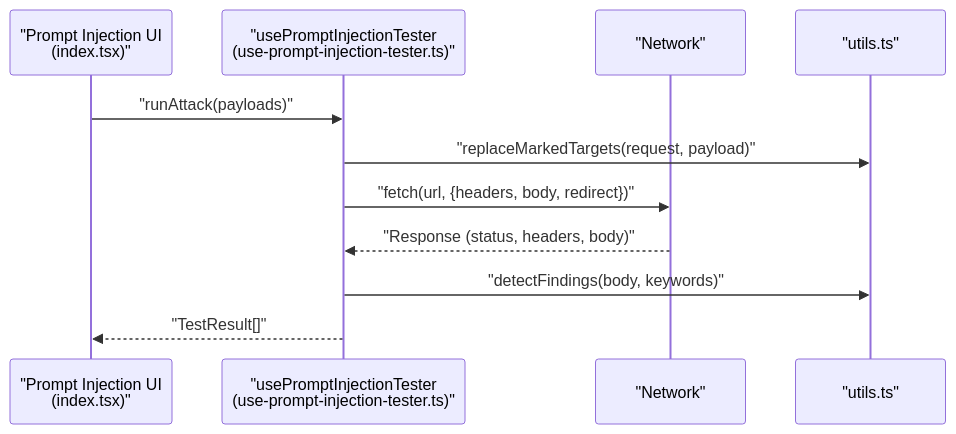
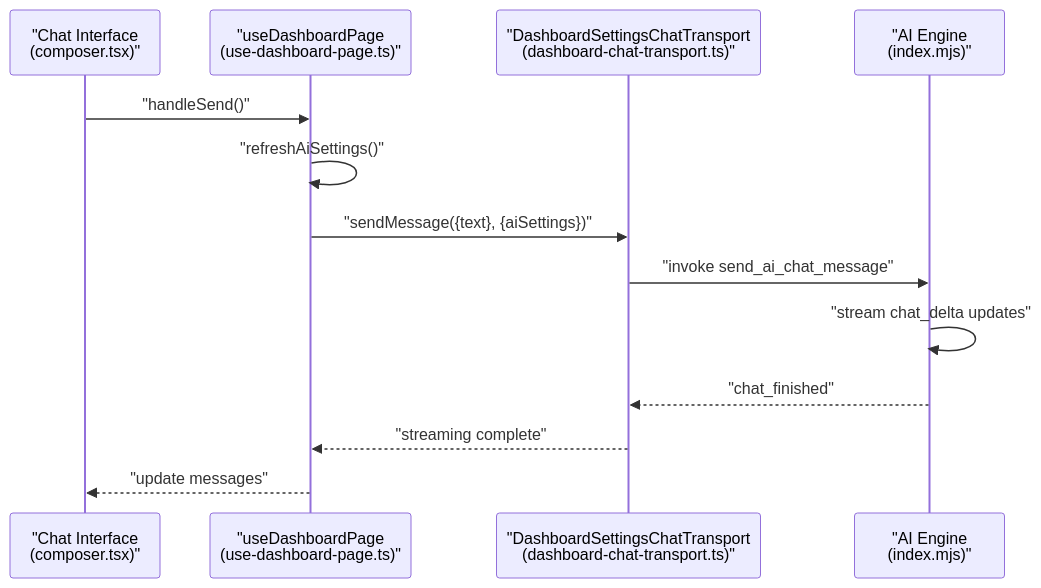
One commit to arhamymr/hexbuffer changed the third of 11 diagrams in .qoder/repowiki/en/content/AI Integration/AI Integration.md. Above: the diagram before and after it, drawn with Mermaid. The commit also changed other lines of this file and 21 other files, not shown here.

````diff
--- a/.qoder/repowiki/en/content/AI Integration/AI Integration.md
+++ b/.qoder/repowiki/en/content/AI Integration/AI Integration.md
@@ -149,13 +257,15 @@
 ```mermaid
 sequenceDiagram
-participant UI as "Prompt Injection UI<br/>(index.tsx)"
-participant Hook as "usePromptInjectionTester<br/>(use-prompt-injection-tester.ts)"
-participant Net as "Network"
-participant Utils as "utils.ts"
-UI->>Hook : "runAttack(payloads)"
-Hook->>Utils : "replaceMarkedTargets(request, payload)"
-Hook->>Net : "fetch(url, {headers, body, redirect})"
-Net-->>Hook : "Response (status, headers, body)"
-Hook->>Utils : "detectFindings(body, keywords)"
-Hook-->>UI : "TestResult[]"
+participant UI as "Chat Interface<br/>(composer.tsx)"
+participant Hook as "useDashboardPage<br/>(use-dashboard-page.ts)"
+participant Transport as "DashboardSettingsChatTransport<br/>(dashboard-chat-transport.ts)"
+participant Engine as "AI Engine<br/>(index.mjs)"
+UI->>Hook : "handleSend()"
+Hook->>Hook : "refreshAiSettings()"
+Hook->>Transport : "sendMessage({text}, {aiSettings})"
+Transport->>Engine : "invoke send_ai_chat_message"
+Engine->>Engine : "stream chat_delta updates"
+Engine-->>Transport : "chat_finished"
+Transport-->>Hook : "streaming complete"
+Hook-->>UI : "update messages"
 ```
````
